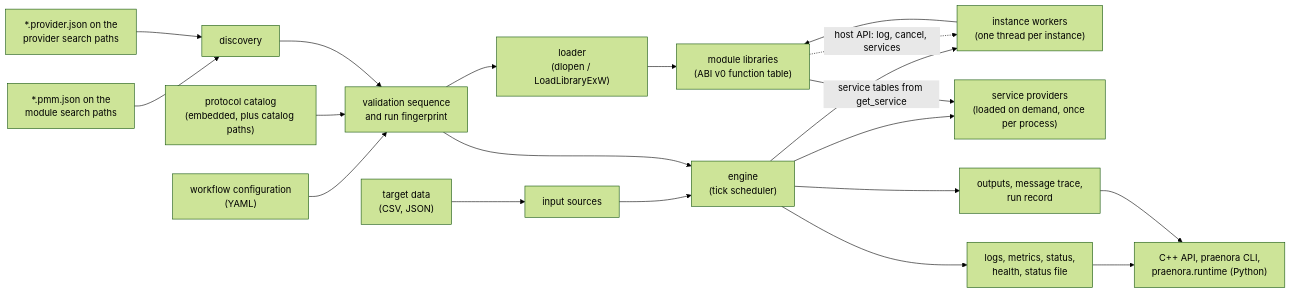
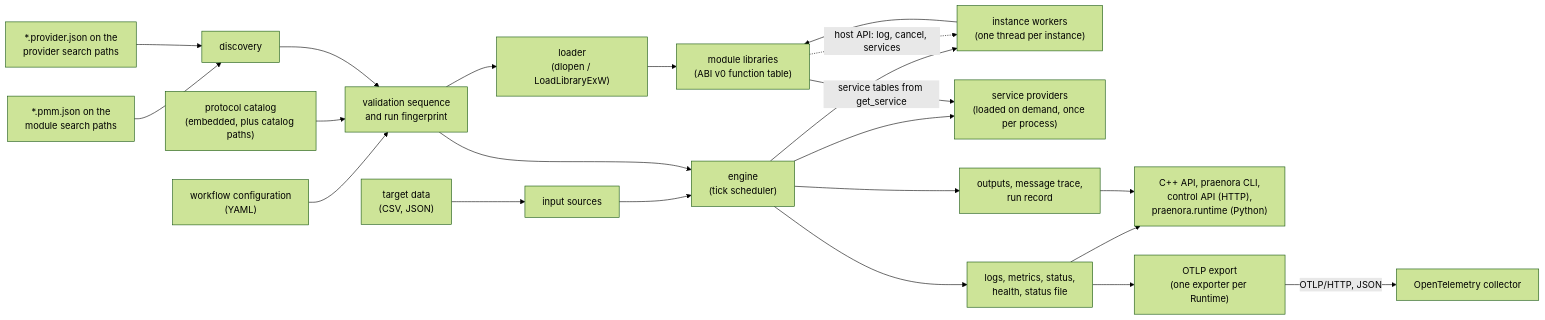
One commit to INFLECT-Praenora/praenora-runtime changed the first of 6 diagrams in docs/architecture.md. Above: the diagram before and after it, drawn with Mermaid (forest theme). The commit also changed other lines of this file and 156 other files, not shown here.

Commit message:
Added server frontend, control and status API (OpenAPI), monitoring

````diff
--- a/docs/architecture.md
+++ b/docs/architecture.md
@@ -44,22 +47,25 @@
 ```mermaid
 flowchart LR
     config["workflow configuration<br/>(YAML)"] --> validation
     catalog["protocol catalog<br/>(embedded, plus catalog paths)"] --> validation
     manifests["*.pmm.json on the<br/>module search paths"] --> discovery
     providermanifests["*.provider.json on the<br/>provider search paths"] --> discovery
     discovery --> validation
     validation["validation sequence<br/>and run fingerprint"] --> loader
     loader["loader<br/>(dlopen / LoadLibraryExW)"] --> libraries["module libraries<br/>(ABI v0 function table)"]
     data["target data<br/>(CSV, JSON)"] --> sources["input sources"]
     sources --> engine["engine<br/>(tick scheduler)"]
     validation --> engine
     engine --> workers["instance workers<br/>(one thread per instance)"]
     workers --> libraries
     libraries -.->|"host API: log, cancel, services"| workers
     engine --> providers["service providers<br/>(loaded on demand, once per process)"]
     libraries -->|"service tables from get_service"| providers
     engine --> files["outputs, message trace,<br/>run record"]
     engine --> observability["logs, metrics, status,<br/>health, status file"]
-    observability --> surfaces["C++ API, praenora CLI,<br/>praenora.runtime (Python)"]
+    surfaces["C++ API, praenora CLI,<br/>control API (HTTP),<br/>praenora.runtime (Python)"]
+    observability --> surfaces
+    observability --> otlp["OTLP export<br/>(one exporter per Runtime)"]
+    otlp -->|"OTLP/HTTP, JSON"| collector["OpenTelemetry collector"]
     files --> surfaces
 ```
````
